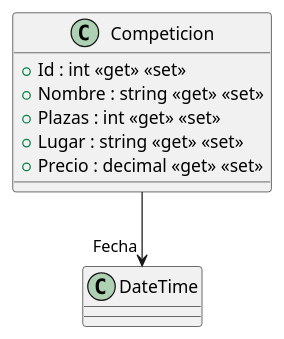
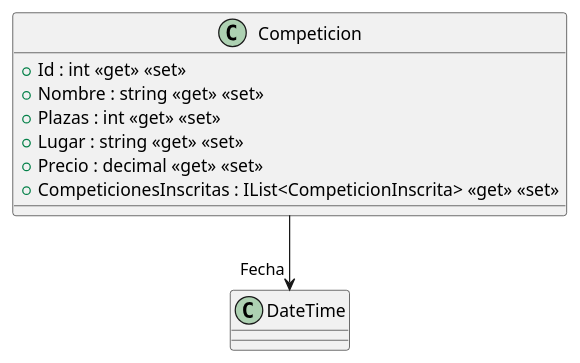
One commit to 2026-27AstonMartin/ISII2627AstonMartin changed the diagram in src/AppForSEII.API/ClassDiagram/Competicion.puml. Above: the diagram before and after it, drawn with PlantUML. The commit also changed 1 other file, not shown here.

Commit message:
Actualizar clase Competicion
Anade la navegacion CompeticionesInscritas, conforme al diagrama de clases
del documento definitivo de Casos de Uso.

Queda pendiente la relacion con TipoDeporte, clase comun todavia no creada.

```diff
--- a/src/AppForSEII.API/ClassDiagram/Competicion.puml
+++ b/src/AppForSEII.API/ClassDiagram/Competicion.puml
@@ -1,10 +1,11 @@
 @startuml
 class Competicion {
     + Id : int <<get>> <<set>>
     + Nombre : string <<get>> <<set>>
     + Plazas : int <<get>> <<set>>
     + Lugar : string <<get>> <<set>>
     + Precio : decimal <<get>> <<set>>
+    + CompeticionesInscritas : IList<CompeticionInscrita> <<get>> <<set>>
 }
 Competicion --> "Fecha" DateTime
 @enduml
```
